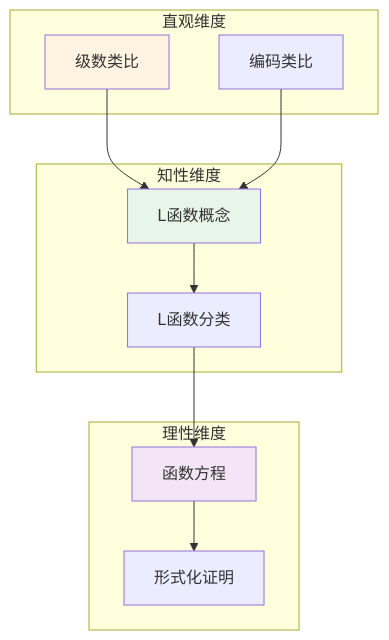
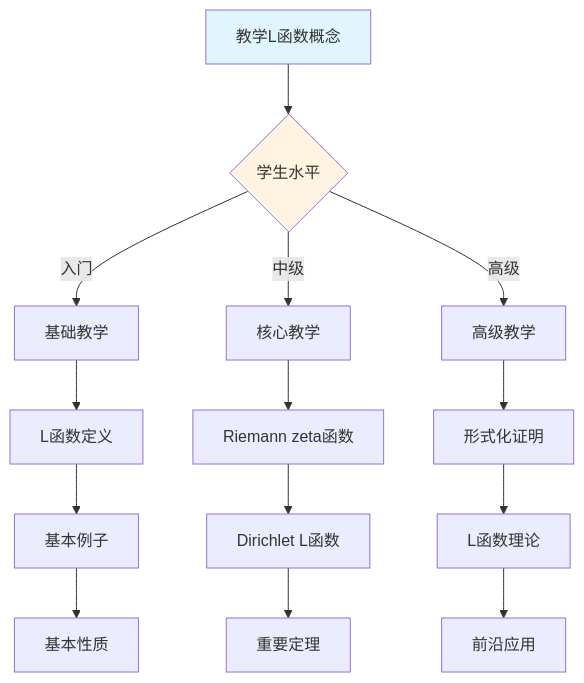
Diagram 11 of 11 in concept/核心概念/28-L函数.md (AdaMartin18010/FormalMath), drawn with Mermaid before and after one commit. The commit also changed other lines of this file and 4793 other files, not shown here.

````diff
--- a/concept/核心概念/28-L函数.md
+++ b/concept/核心概念/28-L函数.md
@@ -768,27 +2499,22 @@
 ```mermaid
-graph TB
-    subgraph 直观维度
-        A1[级数类比]
-        A2[编码类比]
-    end
+graph TD
+    A[教学L函数概念] --> B{学生水平}
+    B -->|入门| C[基础教学]
+    B -->|中级| D[核心教学]
+    B -->|高级| E[高级教学]
 
-    subgraph 知性维度
-        B1[L函数概念]
-        B2[L函数分类]
-    end
+    C --> C1[L函数定义]
+    C1 --> C2[基本例子]
+    C2 --> C3[基本性质]
 
-    subgraph 理性维度
-        C1[函数方程]
-        C2[形式化证明]
-    end
+    D --> D1[Riemann zeta函数]
+    D1 --> D2[Dirichlet L函数]
+    D2 --> D3[重要定理]
 
-    A1 --> B1
-    A2 --> B1
-    B1 --> B2
-    B2 --> C1
-    C1 --> C2
+    E --> E1[形式化证明]
+    E1 --> E2[L函数理论]
+    E2 --> E3[前沿应用]
 
-    style A1 fill:#fff4e1
-    style B1 fill:#e8f5e9
-    style C1 fill:#f3e5f5
+    style A fill:#e1f5ff
+    style B fill:#fff4e1
 ```
````
